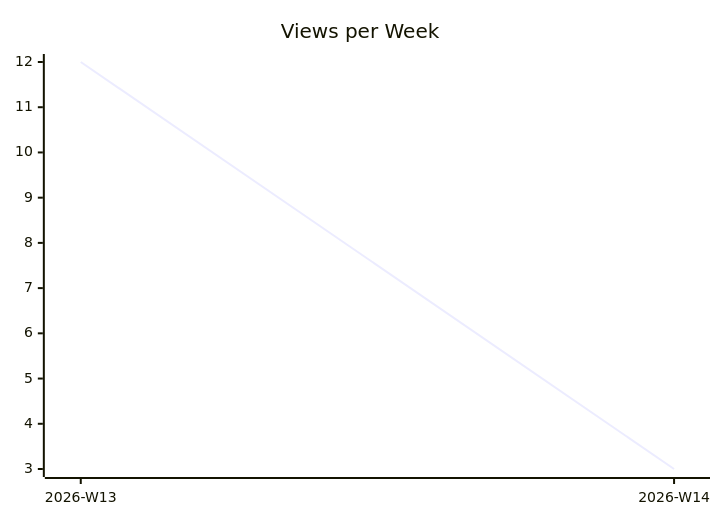
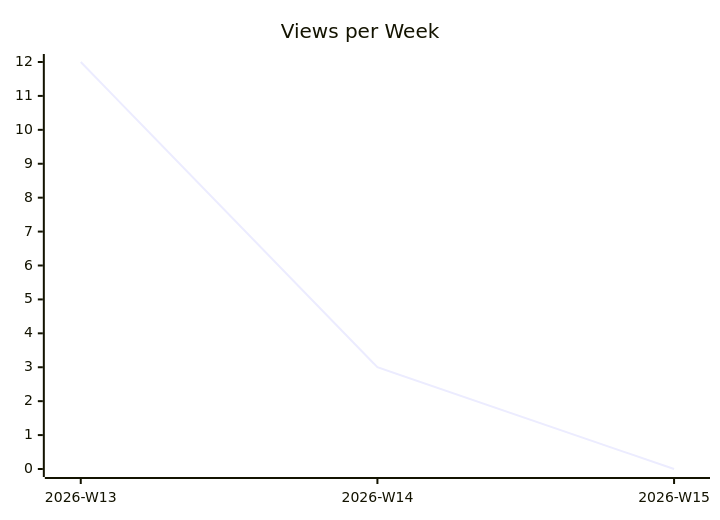
Before and after one commit to justdavis-family/github-analytics-data: the second of 3 diagrams in karlmdavis/xmlpull/README.md, drawn with Mermaid. The commit also changed other lines of this file and 190 other files, not shown here.

````diff
--- a/karlmdavis/xmlpull/README.md
+++ b/karlmdavis/xmlpull/README.md
@@ -12,6 +12,6 @@
 ```mermaid
 xychart-beta
   title "Views per Week"
-  x-axis ["2026-W13", "2026-W14"]
-  line [12, 3]
+  x-axis ["2026-W13", "2026-W14", "2026-W15"]
+  line [12, 3, 0]
 ```
````
